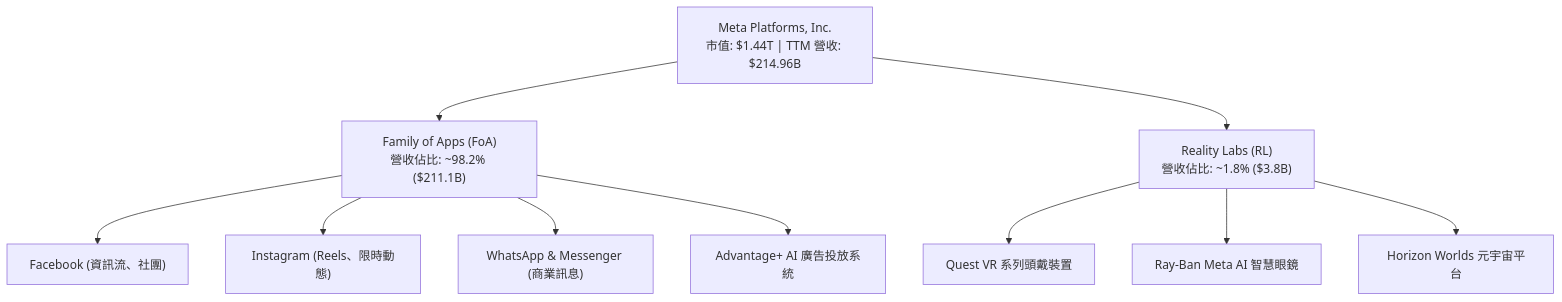
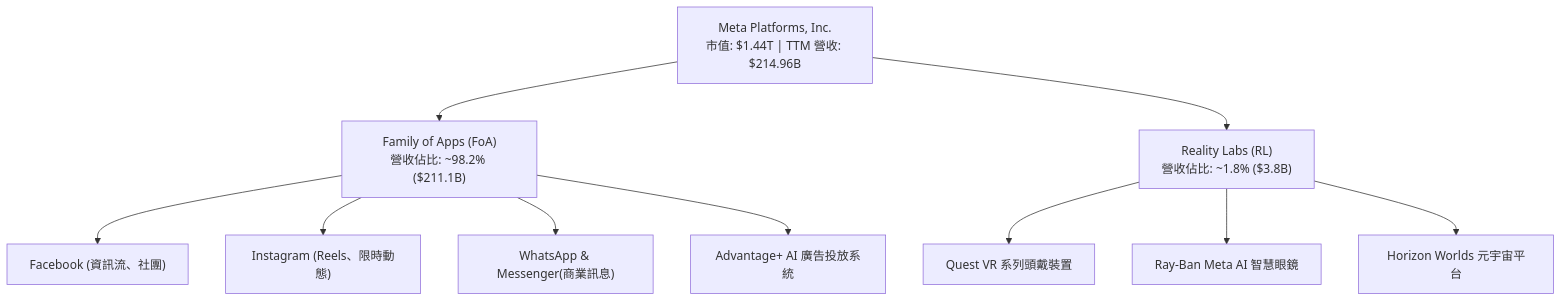
The second of 7 diagrams in ai_gen_report/stock/meta/fundamental_analysis_2026-06-17_gemini.md (yennanliu/finance_data), drawn with Mermaid before and after one commit. The commit also changed 2258 other files, not shown here.

First line of the commit message:
chore: backfill Mermaid syntax repair across existing reports

````diff
--- a/ai_gen_report/stock/meta/fundamental_analysis_2026-06-17_gemini.md
+++ b/ai_gen_report/stock/meta/fundamental_analysis_2026-06-17_gemini.md
@@ -129,19 +129,19 @@
 ```mermaid
 graph TD
     META["Meta Platforms, Inc.<br/>市值: $1.44T | TTM 營收: $214.96B"]
 
     FOA["Family of Apps (FoA)<br/>營收佔比: ~98.2% ($211.1B)"]
     RL["Reality Labs (RL)<br/>營收佔比: ~1.8% ($3.8B)"]
 
     META --> FOA
     META --> RL
 
     FOA --> FOA1["Facebook (資訊流、社團)"]
     FOA --> FOA2["Instagram (Reels、限時動態)"]
-    FOA --> FOA3["WhatsApp & Messenger (商業訊息)"]
+    FOA --> FOA3["WhatsApp & Messenger(商業訊息)"]
     FOA --> FOA4["Advantage+ AI 廣告投放系統"]
 
     RL --> RL1["Quest VR 系列頭戴裝置"]
     RL --> RL2["Ray-Ban Meta AI 智慧眼鏡"]
     RL --> RL3["Horizon Worlds 元宇宙平台"]
 ```
````
